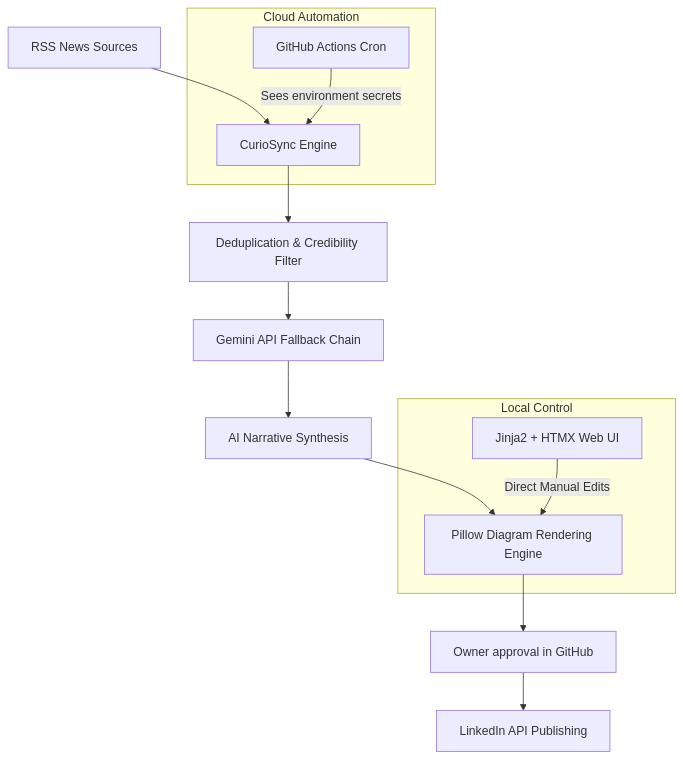
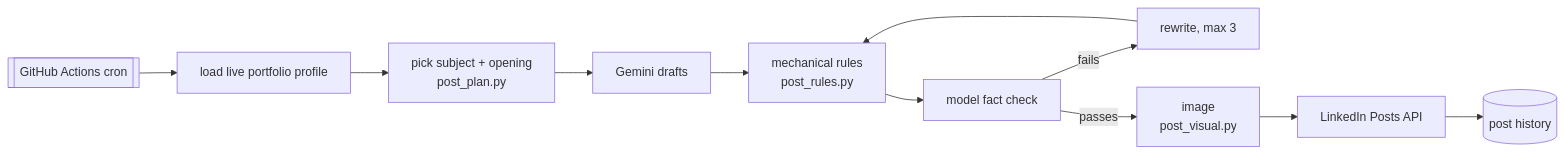
Before and after one commit to Deshraj-Jogiya/curiosync: the diagram in README.md, drawn with Mermaid. The commit also changed other lines of this file and 1 other file, not shown here.

Commit message:
Rewrite the README with an overview, highlights, an architecture diagram and run instructions, and add an MIT license

````diff
--- a/README.md
+++ b/README.md
@@ -22,18 +25,12 @@
 ```mermaid
-graph TD
-    A[RSS News Sources] --> B[CurioSync Engine]
-    B --> D[Deduplication & Credibility Filter]
-    D --> E[Gemini API Fallback Chain]
-    E --> F[AI Narrative Synthesis]
-    F --> G[Pillow Diagram Rendering Engine]
-    G --> K[Owner approval in GitHub]
-    K --> H[LinkedIn API Publishing]
-    
-    subgraph Cloud Automation
-        I[GitHub Actions Cron] -->|Sees environment secrets| B
-    end
-    
-    subgraph Local Control
-        J[Jinja2 + HTMX Web UI] -->|Direct Manual Edits| G
-    end
+flowchart LR
+    CRON[[GitHub Actions cron]] --> P[load live portfolio profile]
+    P --> S[pick subject + opening<br/>post_plan.py]
+    S --> G[Gemini drafts]
+    G --> R[mechanical rules<br/>post_rules.py]
+    R --> C[model fact check]
+    C -- fails --> RW[rewrite, max 3] --> R
+    C -- passes --> V[image<br/>post_visual.py]
+    V --> L[LinkedIn Posts API]
+    L --> H[(post history)]
 ```
````
